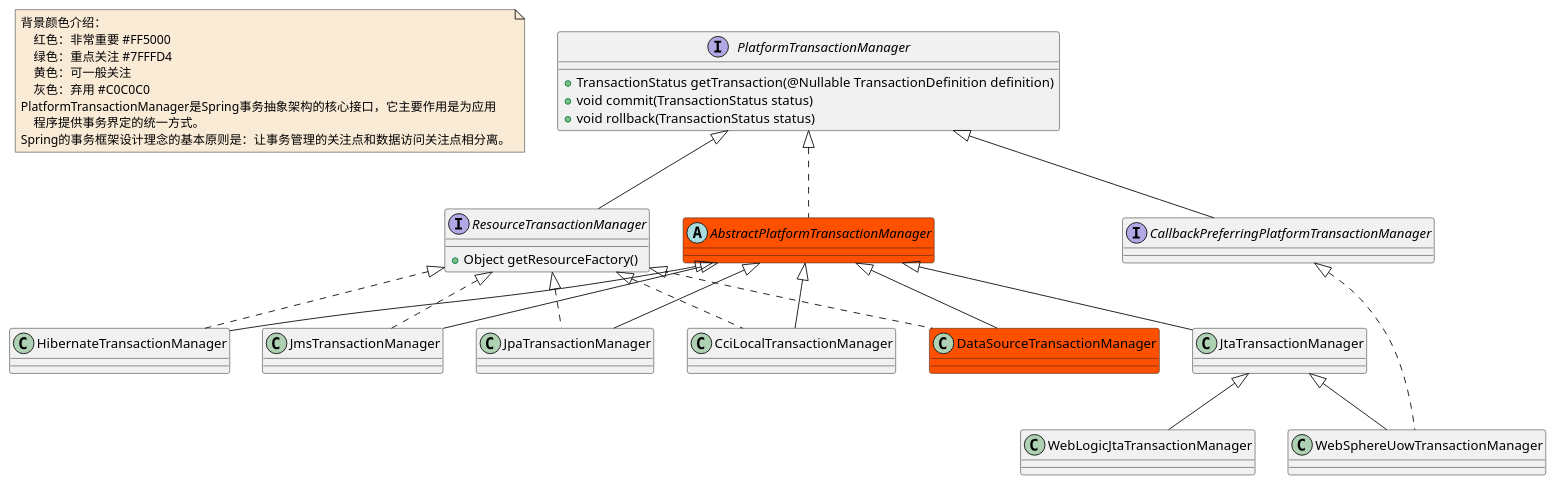
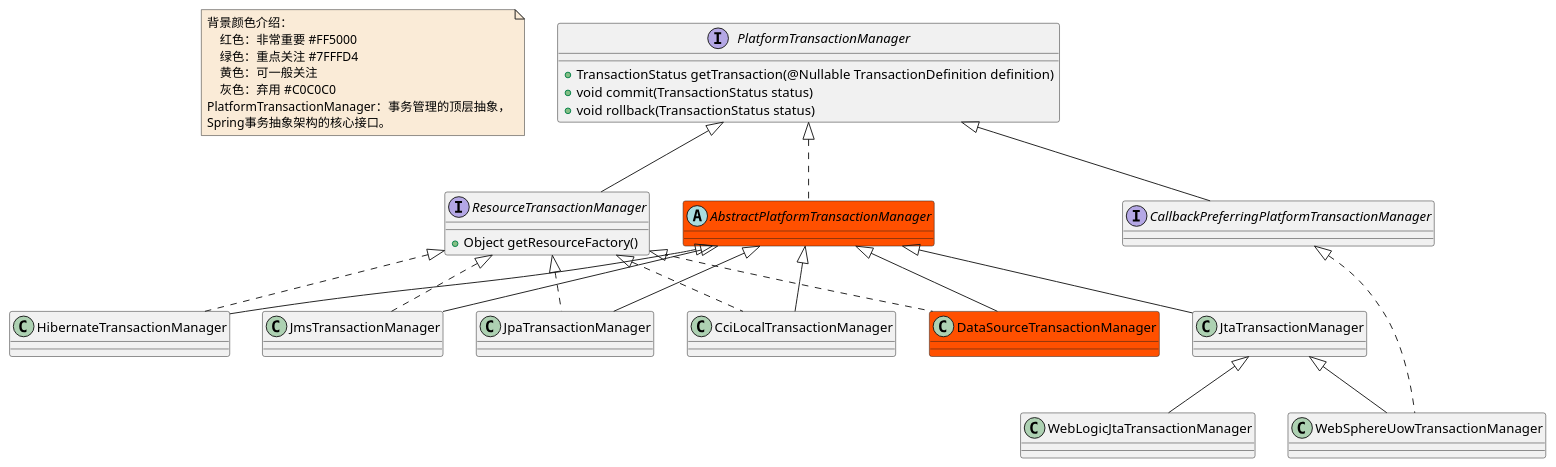
Before and after one commit to czwer/learn-spring-code: the diagram in document/spring/data/class/Transaction-PlatformTransactionManager-class.puml, drawn with PlantUML. The commit also changed 23 other files, not shown here.

```diff
--- a/document/spring/data/class/Transaction-PlatformTransactionManager-class.puml
+++ b/document/spring/data/class/Transaction-PlatformTransactionManager-class.puml
@@ -1,56 +1,55 @@
 @startuml
 
 note  as N1 #FAEBD7
     背景颜色介绍：
         红色：非常重要 #FF5000
         绿色：重点关注 #7FFFD4
         黄色：可一般关注
         灰色：弃用 #C0C0C0
-    PlatformTransactionManager是Spring事务抽象架构的核心接口，它主要作用是为应用
-        程序提供事务界定的统一方式。
-    Spring的事务框架设计理念的基本原则是：让事务管理的关注点和数据访问关注点相分离。
+    PlatformTransactionManager：事务管理的顶层抽象，
+    Spring事务抽象架构的核心接口。
 end note
 
 interface PlatformTransactionManager
 PlatformTransactionManager : +TransactionStatus getTransaction(@Nullable TransactionDefinition definition)
 PlatformTransactionManager : +void commit(TransactionStatus status)
 PlatformTransactionManager : +void rollback(TransactionStatus status)
 abstract class AbstractPlatformTransactionManager  #FF5000
 interface CallbackPreferringPlatformTransactionManager
 class CciLocalTransactionManager
 class DataSourceTransactionManager  #FF5000
 class HibernateTransactionManager
 class JmsTransactionManager
 class JpaTransactionManager
 class JtaTransactionManager
 interface ResourceTransactionManager
 ResourceTransactionManager : +Object getResourceFactory()
 class WebLogicJtaTransactionManager
 class WebSphereUowTransactionManager
 
 AbstractPlatformTransactionManager <|-- CciLocalTransactionManager
 AbstractPlatformTransactionManager <|-- DataSourceTransactionManager
 AbstractPlatformTransactionManager <|-- HibernateTransactionManager
 AbstractPlatformTransactionManager <|-- JmsTransactionManager
 AbstractPlatformTransactionManager <|-- JpaTransactionManager
 AbstractPlatformTransactionManager <|-- JtaTransactionManager
 
 CallbackPreferringPlatformTransactionManager <|.. WebSphereUowTransactionManager
 
 
 JtaTransactionManager <|-- WebLogicJtaTransactionManager
 JtaTransactionManager <|-- WebSphereUowTransactionManager
 
 PlatformTransactionManager <|.. AbstractPlatformTransactionManager
 PlatformTransactionManager <|-- CallbackPreferringPlatformTransactionManager
 PlatformTransactionManager <|-- ResourceTransactionManager
 
 
 ResourceTransactionManager <|.. CciLocalTransactionManager
 ResourceTransactionManager <|.. DataSourceTransactionManager
 ResourceTransactionManager <|.. HibernateTransactionManager
 ResourceTransactionManager <|.. JmsTransactionManager
 ResourceTransactionManager <|.. JpaTransactionManager
 
 
 @enduml
```
